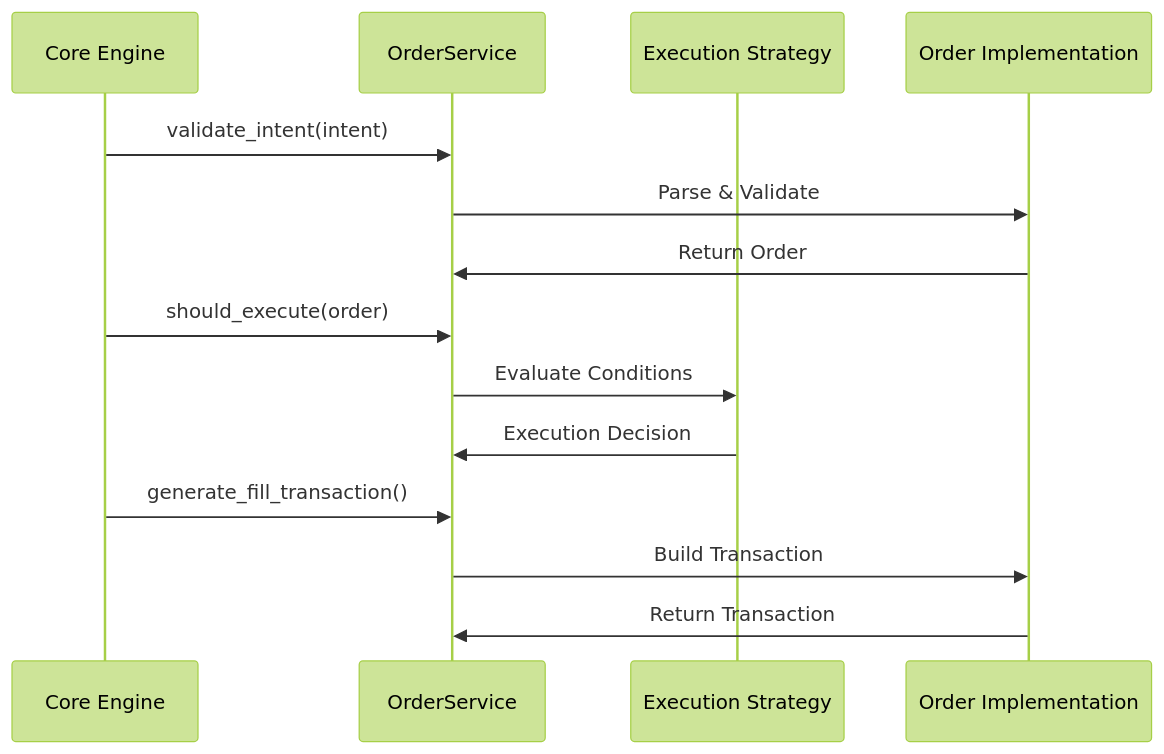
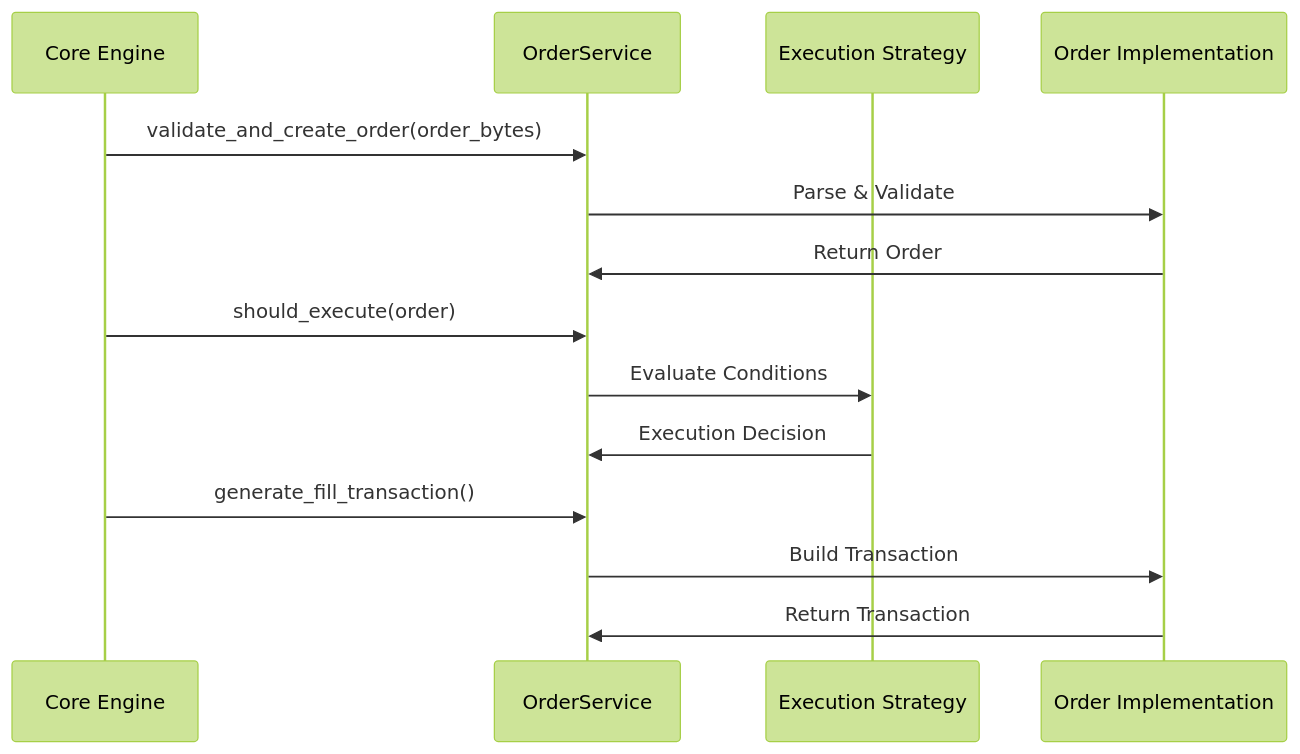
One commit to openintentsframework/oif-solver changed the third of 6 diagrams in OVERVIEW.md. Above: the diagram before and after it, drawn with Mermaid (forest theme). The commit also changed 59 other files, not shown here.

````diff
--- a/OVERVIEW.md
+++ b/OVERVIEW.md
@@ -117,17 +117,17 @@
 ```mermaid
 sequenceDiagram
     participant Core as Core Engine
     participant Order as OrderService
     participant Strategy as Execution Strategy
     participant Implementation as Order Implementation
 
-    Core->>Order: validate_intent(intent)
+    Core->>Order: validate_and_create_order(order_bytes)
     Order->>Implementation: Parse & Validate
     Implementation->>Order: Return Order
     Core->>Order: should_execute(order)
     Order->>Strategy: Evaluate Conditions
     Strategy->>Order: Execution Decision
     Core->>Order: generate_fill_transaction()
     Order->>Implementation: Build Transaction
     Implementation->>Order: Return Transaction
 ```
````
